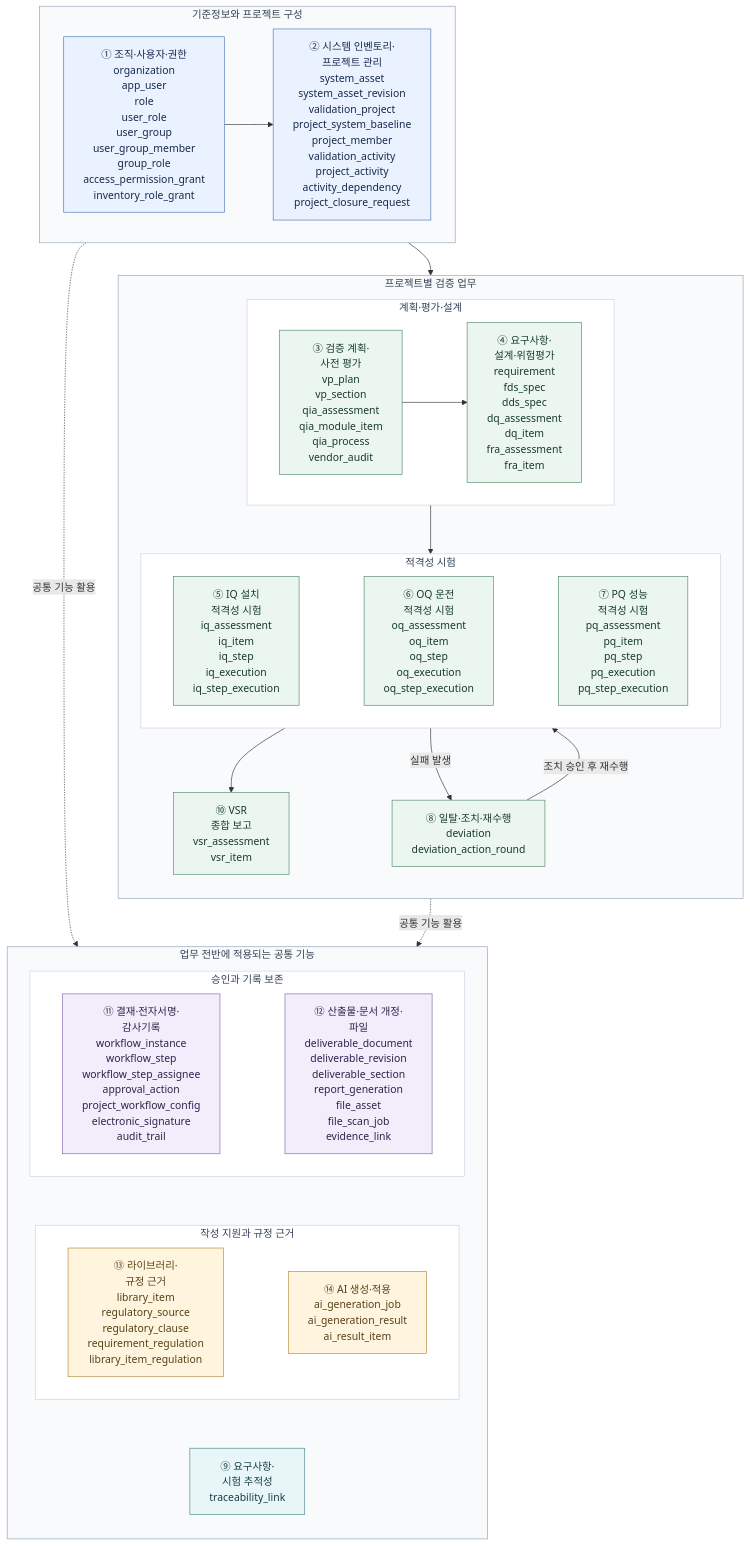
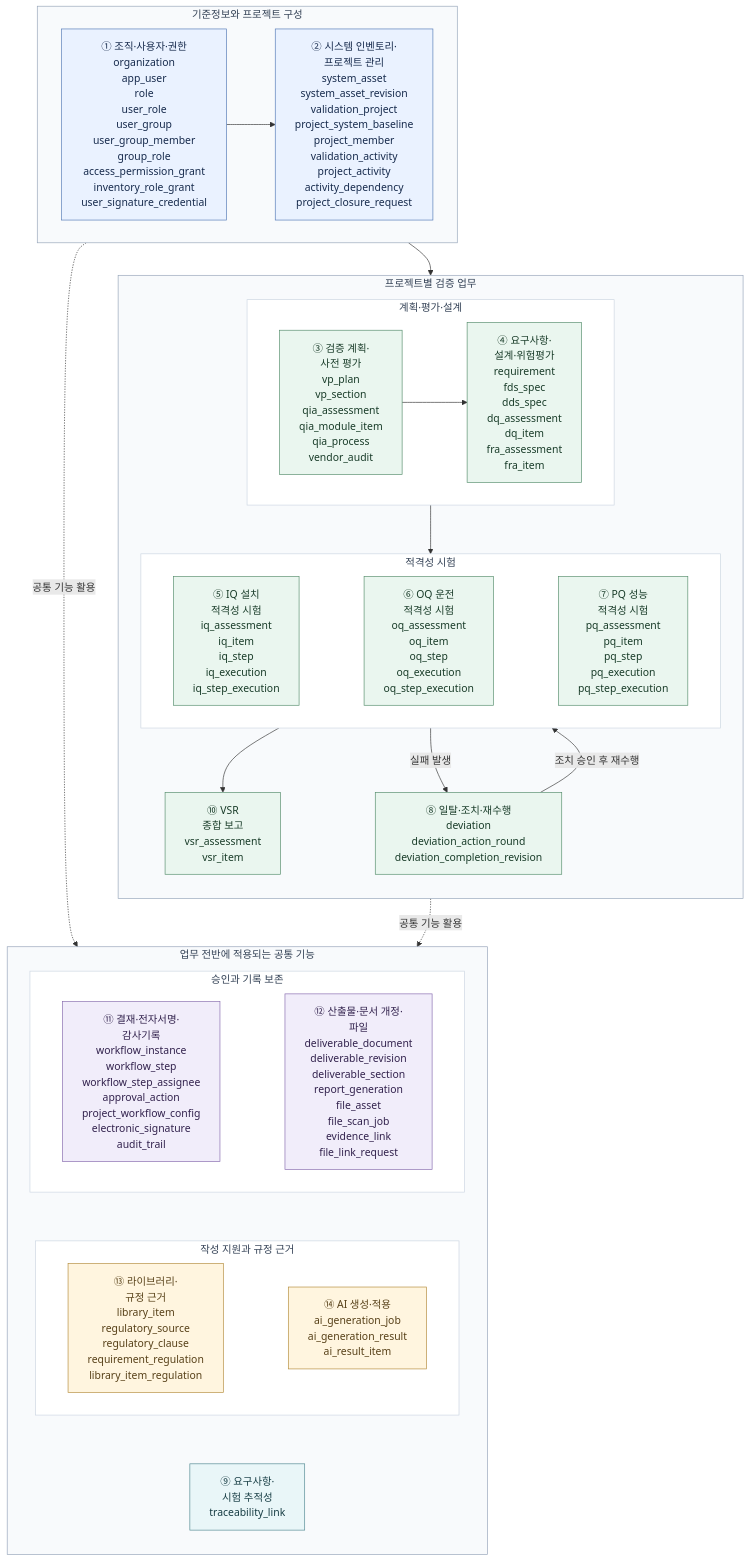
The diagram in docs/erd-overview.md (kmh52826-collab/Korean-Enterprise-Knowledge-Base-Design), drawn with Mermaid before and after one commit. The commit also changed other lines of this file, not shown here.

```diff
--- a/docs/erd-overview.md
+++ b/docs/erd-overview.md
@@ -21,7 +21,8 @@
 user_group_member
 group_role
 access_permission_grant
-inventory_role_grant"]
+inventory_role_grant
+user_signature_credential"]
         PROJECT["② 시스템 인벤토리·<br/>프로젝트 관리
 system_asset
 system_asset_revision
@@ -82,7 +83,8 @@
 
         DEVIATION["⑧ 일탈·조치·재수행
 deviation
-deviation_action_round"]
+deviation_action_round
+deviation_completion_revision"]
         VSR["⑩ VSR<br/> 종합 보고
 vsr_assessment
 vsr_item"]
@@ -112,7 +114,8 @@
 report_generation
 file_asset
 file_scan_job
-evidence_link"]
+evidence_link
+file_link_request"]
             WORKFLOW ~~~ DOCUMENTS
         end
 
```
